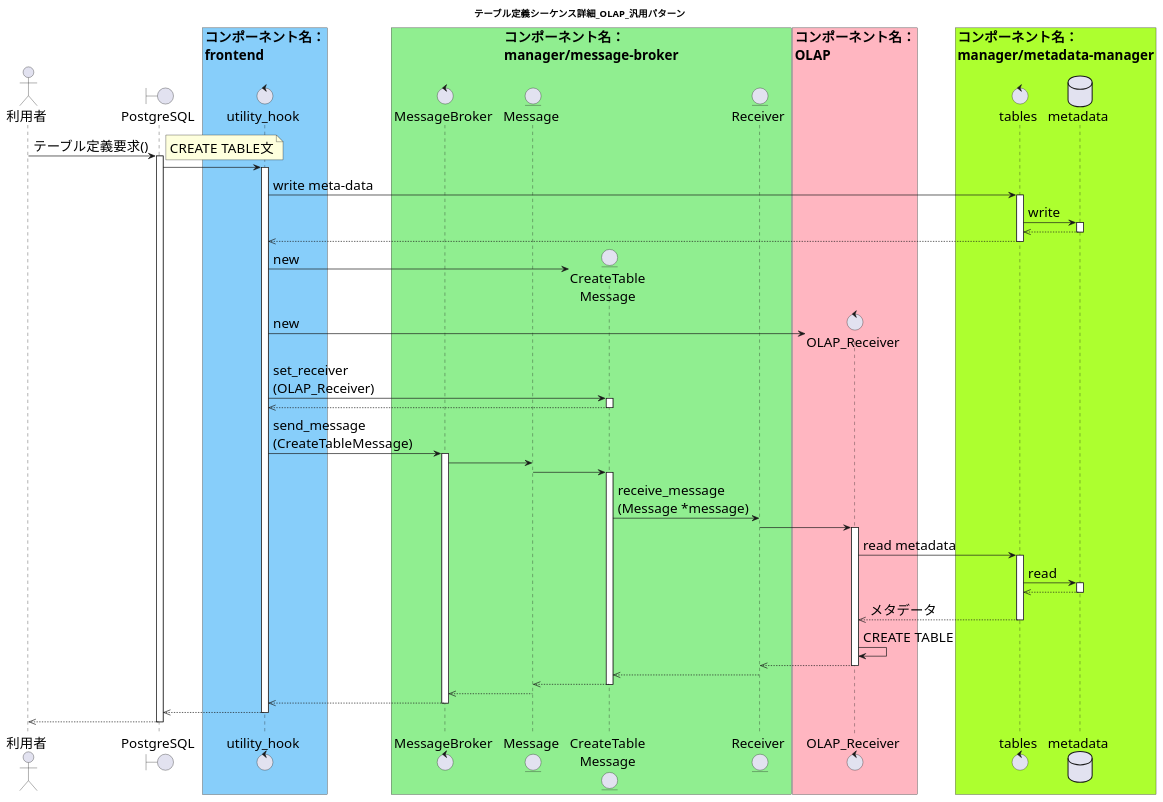
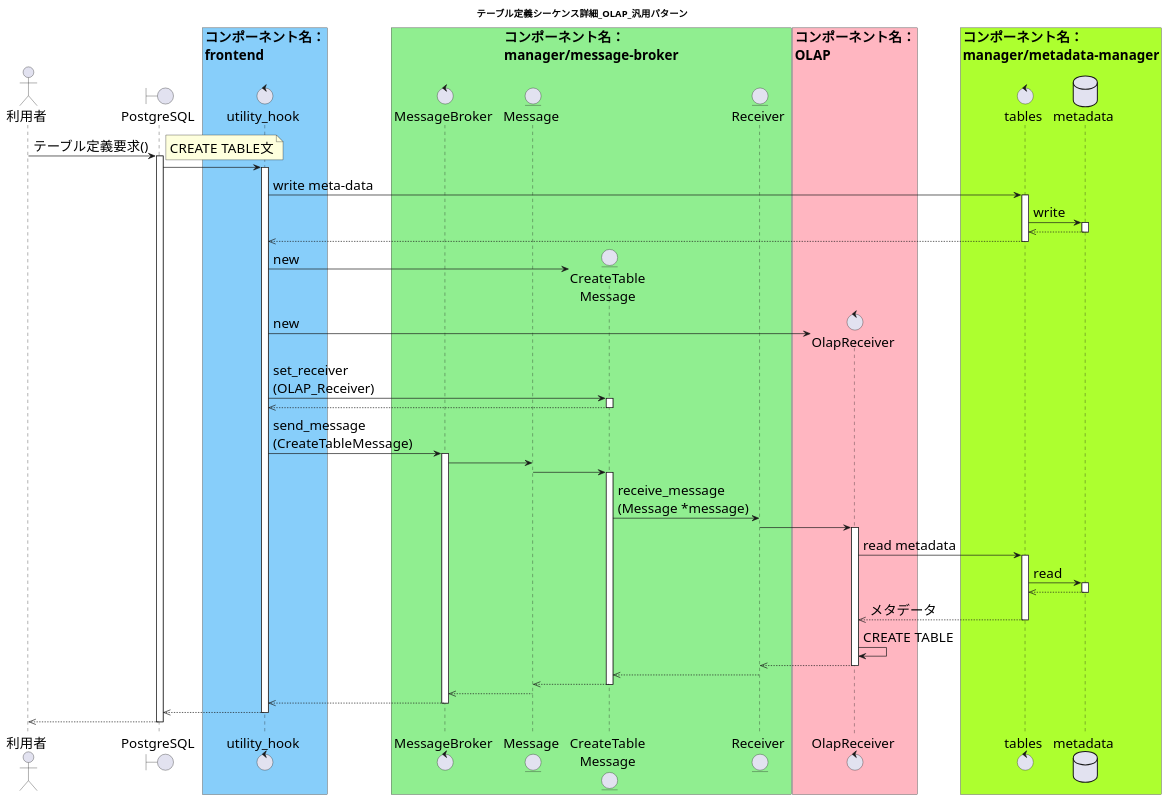
The second of 2 diagrams in docs/design/img/CREATE_TABLE_detail.pu (project-tsurugi/tsurugi_fdw), drawn with PlantUML before and after one commit. The commit also changed 7 other files, not shown here.

```diff
--- a/docs/design/img/CREATE_TABLE_detail.pu
+++ b/docs/design/img/CREATE_TABLE_detail.pu
@@ -124,92 +124,92 @@
 @startuml テーブル定義シーケンス詳細_OLAP_汎用パターン
 skinparam defaultFontSize 20
 
 title テーブル定義シーケンス詳細_OLAP_汎用パターン
 
 actor 利用者
 boundary PostgreSQL
 
 box "コンポーネント名：\nfrontend" #LightSkyBlue
 control utility_hook
 end box
 
 box "コンポーネント名：\nmanager/message-broker" #LightGreen
 control MessageBroker
 entity Message
 entity "CreateTable\nMessage" as concrete_message
 entity Receiver
 end box
 
 box "コンポーネント名：\nOLAP" #LightPink
-control "OLAP_Receiver" as olap_receiver
+control "OlapReceiver" as olap_receiver
 end box
 
 box "コンポーネント名：\nmanager/metadata-manager" #GreenYellow
 control tables
 database metadata
 end box
 
 利用者 -> PostgreSQL : テーブル定義要求()
 activate PostgreSQL
 note right
 CREATE TABLE文
 end note
 
 PostgreSQL -> utility_hook
 activate utility_hook
   ' write meta-data
   utility_hook -> tables : write meta-data
   activate tables
     tables -> metadata : write
     activate metadata
     tables <<-- metadata
     deactivate metadata
     utility_hook <<-- tables
   deactivate tables
 
   ' create objects
   create concrete_message
   utility_hook -> concrete_message : new
   create olap_receiver
   utility_hook -> olap_receiver : new
 
   ' set receiver
   utility_hook -> concrete_message : set_receiver\n(OLAP_Receiver)
   activate concrete_message
     utility_hook <<-- concrete_message
   deactivate concrete_message
 
   ' send message to MessageBroker
   utility_hook -> MessageBroker : send_message\n(CreateTableMessage)
   activate MessageBroker
 
   ' execute command
   MessageBroker -> Message
   Message -> concrete_message
   activate concrete_message
     concrete_message -> Receiver : receive_message\n(Message *message)
     Receiver -> olap_receiver
     activate olap_receiver
       olap_receiver -> tables : read metadata
       activate tables
         tables -> metadata : read
         activate metadata
         tables <<-- metadata
         deactivate metadata
         olap_receiver <<-- tables : メタデータ
       deactivate tables
       olap_receiver -> olap_receiver : CREATE TABLE
       Receiver <<-- olap_receiver
       deactivate olap_receiver
       concrete_message <<-- Receiver
   Message <<-- concrete_message
   deactivate concrete_message
   MessageBroker <<-- Message
   utility_hook <<-- MessageBroker
   deactivate MessageBroker
 PostgreSQL <<-- utility_hook
 deactivate utility_hook
 利用者 <<-- PostgreSQL
 deactivate PostgreSQL
 
 @enduml
```
